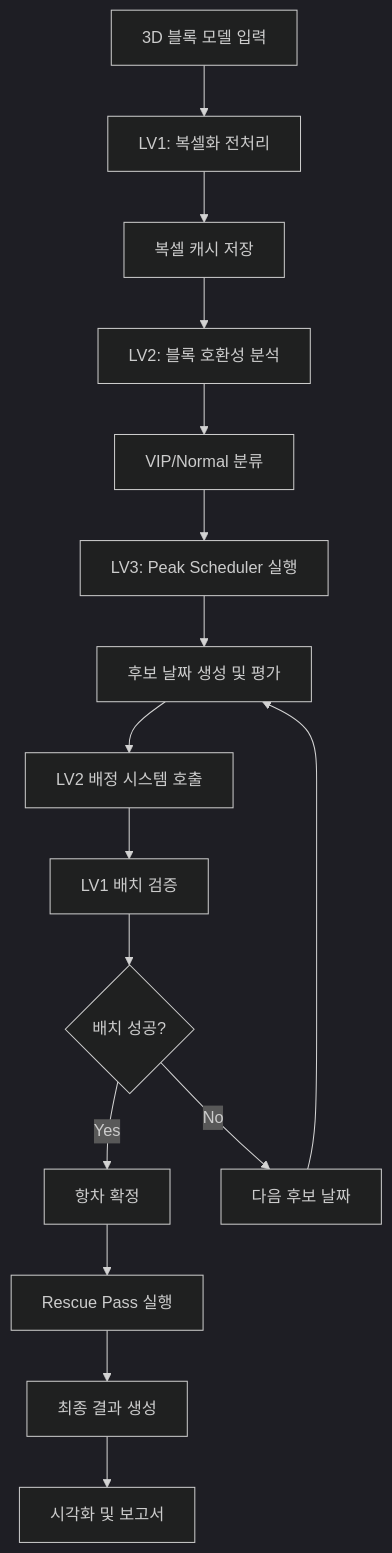
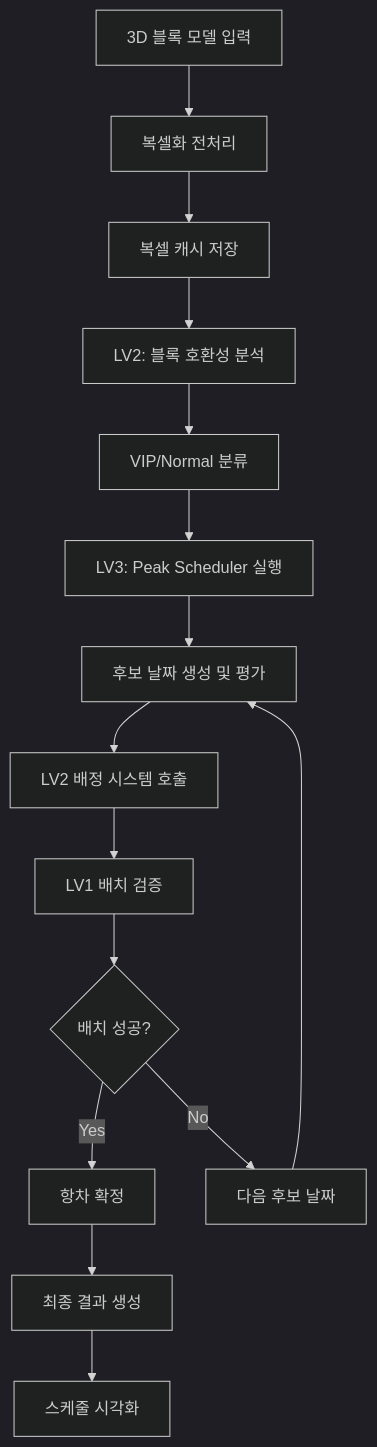
Before and after one commit to cseJeoni/Blockbuster_lv123: the diagram in README.md, drawn with Mermaid (dark theme). The commit also changed other lines of this file, not shown here.

````diff
--- a/README.md
+++ b/README.md
@@ -158,18 +157,17 @@
 ```mermaid
 graph TD
-    A[3D 블록 모델 입력] --> B[LV1: 복셀화 전처리]
+    A[3D 블록 모델 입력] --> B[복셀화 전처리]
     B --> C[복셀 캐시 저장]
     C --> D[LV2: 블록 호환성 분석]
     D --> E[VIP/Normal 분류]
     E --> F[LV3: Peak Scheduler 실행]
     F --> G[후보 날짜 생성 및 평가]
     G --> H[LV2 배정 시스템 호출]
     H --> I[LV1 배치 검증]
     I --> J{배치 성공?}
     J -->|Yes| K[항차 확정]
     J -->|No| L[다음 후보 날짜]
     L --> G
-    K --> M[Rescue Pass 실행]
-    M --> N[최종 결과 생성]
-    N --> O[시각화 및 보고서]
+    K --> M[최종 결과 생성]
+    M --> N[스케줄 시각화]
 ```
````
